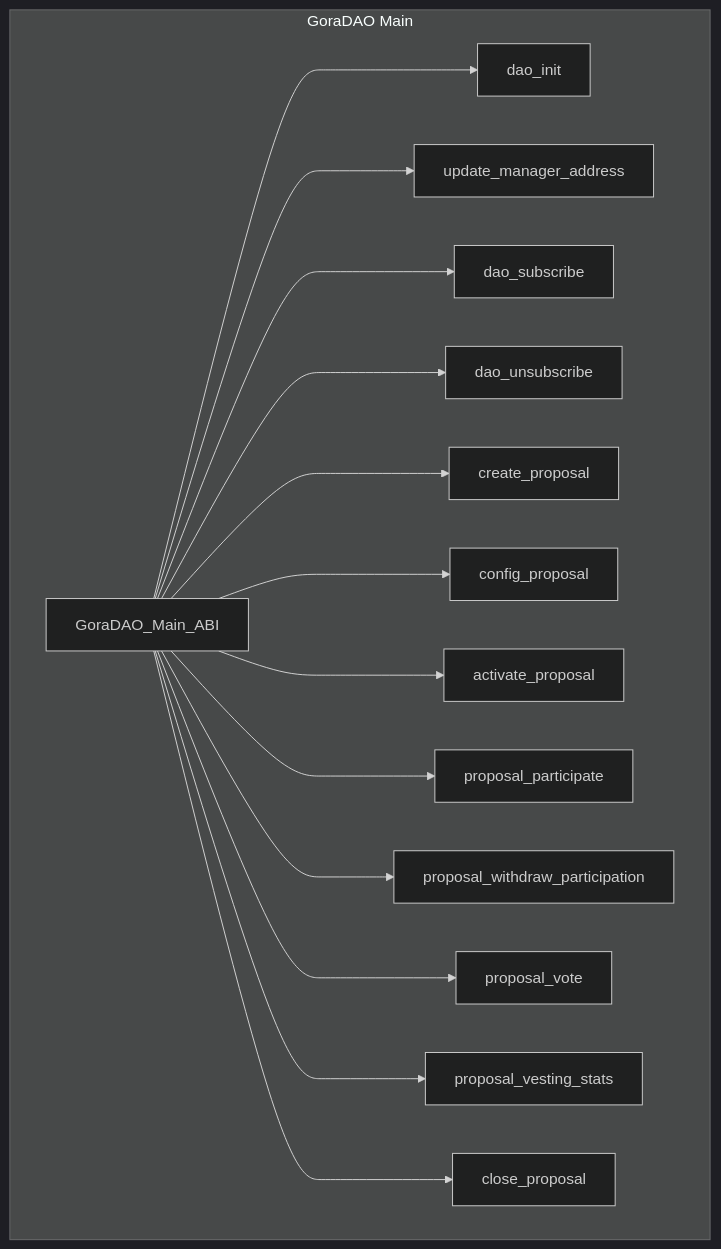
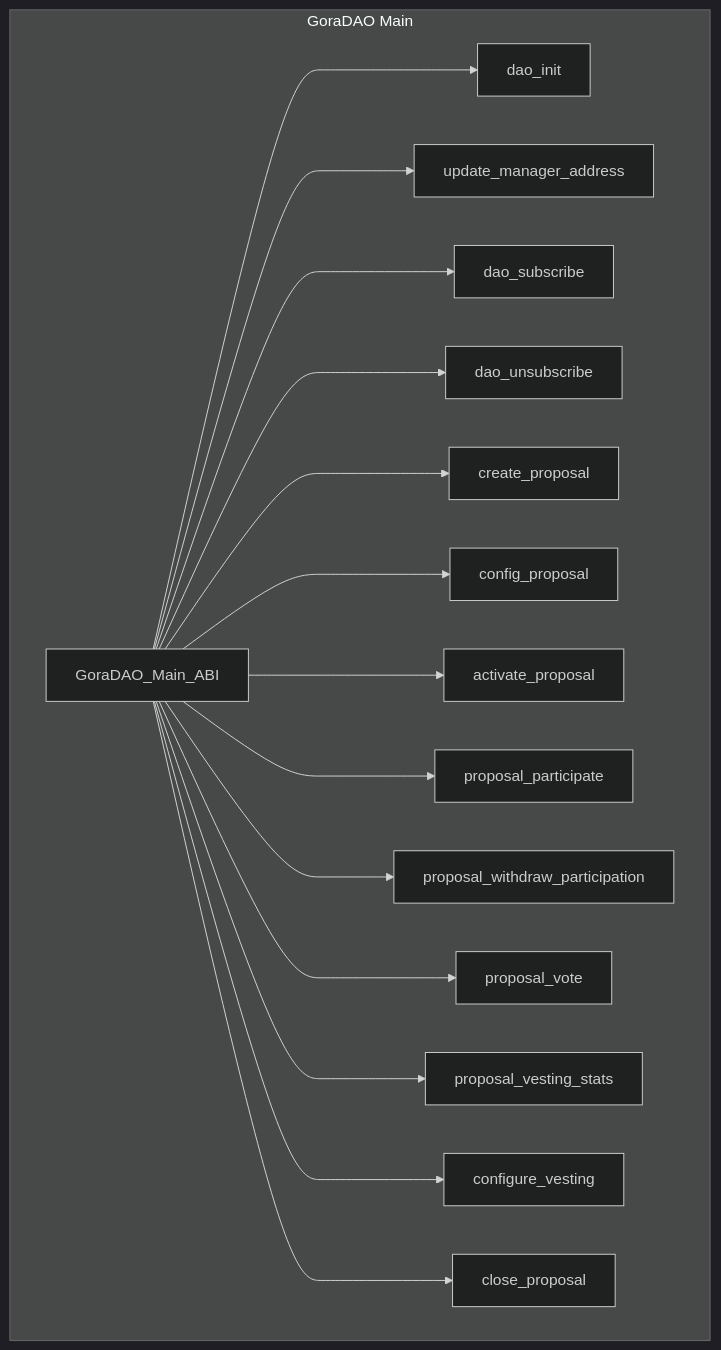
The sixth of 8 diagrams in README.md (GoraNetwork/gora-dao-smartcontracts), drawn with Mermaid (dark theme) before and after one commit. The commit also changed other lines of this file, not shown here.

````diff
--- a/README.md
+++ b/README.md
@@ -213,39 +213,41 @@
 ```mermaid
 
 graph TB
  
       subgraph GoraDAO Main
             GoraDAO_Main[GoraDAO_Main_ABI]
             DAO_Init[dao_init]
             Update_Manager_address[update_manager_address]
             DAO_Subscribe[dao_subscribe]
             DAO_Unsubscribe[dao_unsubscribe]
        
             Create_Proposal[create_proposal]
             Configure_Proposal[config_proposal]
             Activate_Voting[activate_proposal]
             Proposal_Participate[proposal_participate]
             Proposal_Withdraw_Participation[proposal_withdraw_participation]
             Proposal_Vote[proposal_vote]
             Proposal_Vesting_Stats[proposal_vesting_stats]
+            Configure_Vesting[configure_vesting]
             Force_Close_Proposal[close_proposal]
        
         end
       
 
       GoraDAO_Main[GoraDAO_Main_ABI] ---> DAO_Init
       GoraDAO_Main[GoraDAO_Main_ABI] ---> Update_Manager_address
       GoraDAO_Main[GoraDAO_Main_ABI] ---> DAO_Subscribe
       GoraDAO_Main[GoraDAO_Main_ABI] ---> DAO_Unsubscribe
 
       GoraDAO_Main[GoraDAO_Main_ABI] ---> Create_Proposal
       GoraDAO_Main[GoraDAO_Main_ABI] ---> Configure_Proposal
       GoraDAO_Main[GoraDAO_Main_ABI] ---> Activate_Voting
       GoraDAO_Main[GoraDAO_Main_ABI] ---> Proposal_Participate
       GoraDAO_Main[GoraDAO_Main_ABI] ---> Proposal_Withdraw_Participation
       GoraDAO_Main[GoraDAO_Main_ABI] ---> Proposal_Vote
       GoraDAO_Main[GoraDAO_Main_ABI] ---> Proposal_Vesting_Stats
+      GoraDAO_Main[GoraDAO_Main_ABI] ---> Configure_Vesting
       GoraDAO_Main[GoraDAO_Main_ABI] ---> Force_Close_Proposal
  
 
 ```
````
